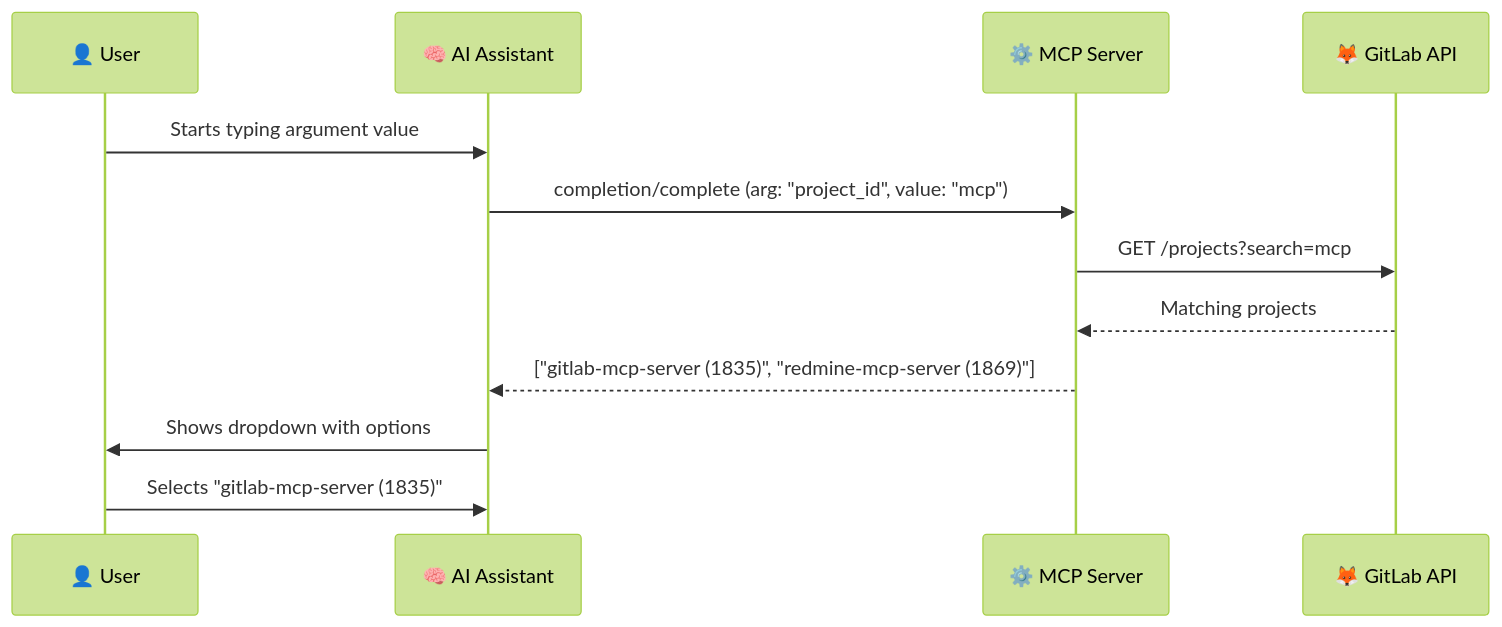
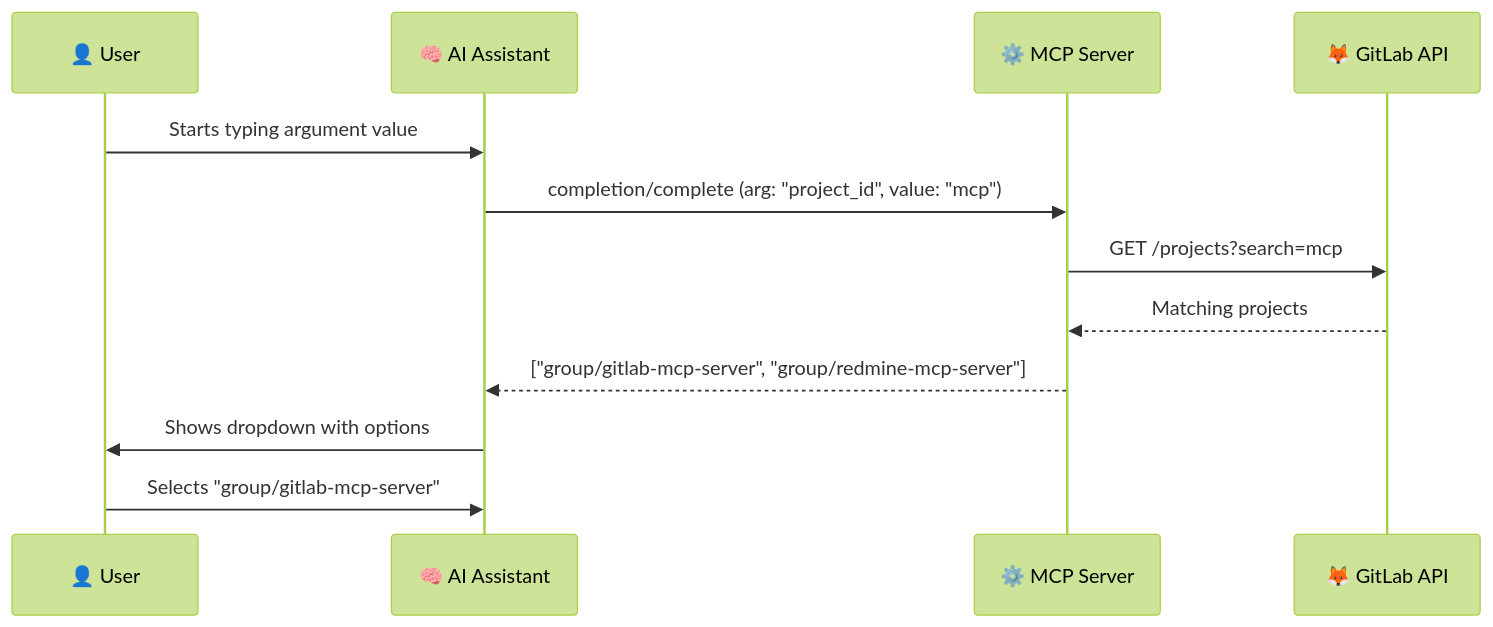
The diagram in docs/capabilities/completions.md (jmrplens/gitlab-mcp-server), drawn with Mermaid (forest theme) before and after one commit. The commit also changed other lines of this file and 87 other files, not shown here.

````diff
--- a/docs/capabilities/completions.md
+++ b/docs/capabilities/completions.md
@@ -48,15 +48,15 @@
 ```mermaid
 sequenceDiagram
     participant U as 👤 User
     participant AI as 🧠 AI Assistant
     participant S as ⚙️ MCP Server
     participant GL as 🦊 GitLab API
 
     U->>AI: Starts typing argument value
     AI->>S: completion/complete (arg: "project_id", value: "mcp")
     S->>GL: GET /projects?search=mcp
     GL-->>S: Matching projects
-    S-->>AI: ["gitlab-mcp-server (1835)", "redmine-mcp-server (1869)"]
+    S-->>AI: ["group/gitlab-mcp-server", "group/redmine-mcp-server"]
     AI->>U: Shows dropdown with options
-    U->>AI: Selects "gitlab-mcp-server (1835)"
+    U->>AI: Selects "group/gitlab-mcp-server"
 ```
````
